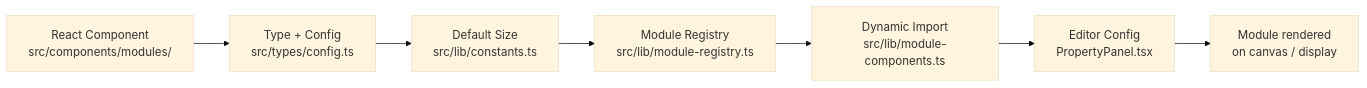
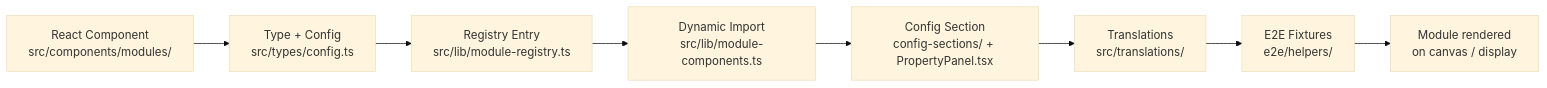
The first of 2 diagrams in website/src/app/docs/development/page.md (home-screens/home-screens), drawn with Mermaid (base theme) before and after one commit. The commit also changed other lines of this file and 18 other files, not shown here.

````diff
--- a/website/src/app/docs/development/page.md
+++ b/website/src/app/docs/development/page.md
@@ -71,9 +79,10 @@
 ```mermaid
 flowchart LR
     Component["React Component\nsrc/components/modules/"] --> Types["Type + Config\nsrc/types/config.ts"]
-    Types --> Defaults["Default Size\nsrc/lib/constants.ts"]
-    Defaults --> Registry["Module Registry\nsrc/lib/module-registry.ts"]
+    Types --> Registry["Registry Entry\nsrc/lib/module-registry.ts"]
     Registry --> DynImport["Dynamic Import\nsrc/lib/module-components.ts"]
-    DynImport --> PropPanel["Editor Config\nPropertyPanel.tsx"]
-    PropPanel --> Render["Module rendered\non canvas / display"]
+    DynImport --> ConfigSection["Config Section\nconfig-sections/ + PropertyPanel.tsx"]
+    ConfigSection --> I18n["Translations\nsrc/translations/"]
+    I18n --> E2E["E2E Fixtures\ne2e/helpers/"]
+    E2E --> Render["Module rendered\non canvas / display"]
 ```
````
